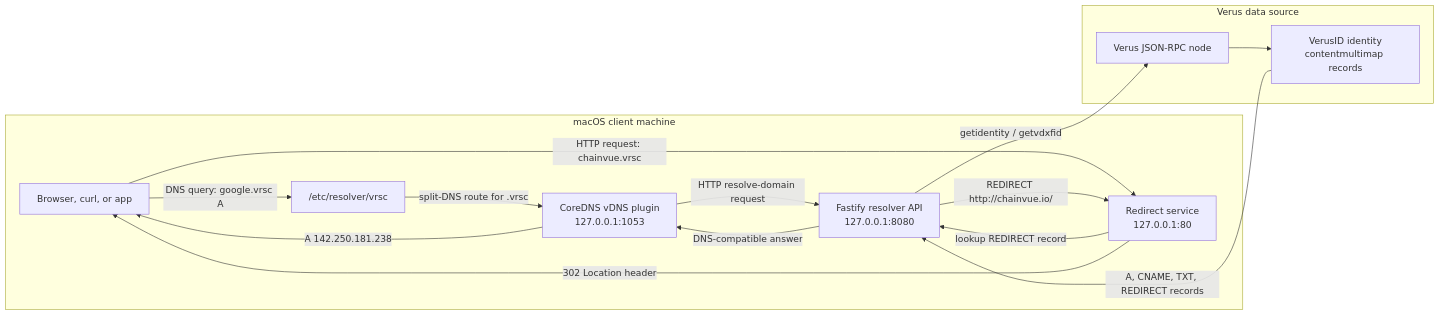
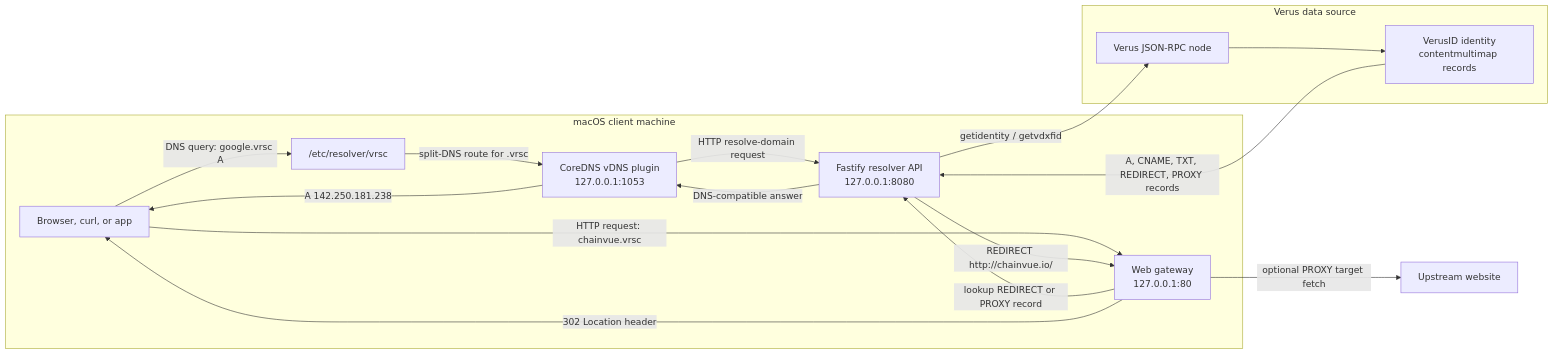
One commit to devdudeio/vdns changed the diagram in docs/architecture.md. Above: the diagram before and after it, drawn with Mermaid. The commit also changed other lines of this file and 15 other files, not shown here.

````diff
--- a/docs/architecture.md
+++ b/docs/architecture.md
@@ -22,29 +22,30 @@
 ```mermaid
 flowchart LR
   subgraph macOS[macOS client machine]
     App[Browser, curl, or app]
     ResolverConfig["/etc/resolver/vrsc"]
     CoreDNS[CoreDNS vDNS plugin\n127.0.0.1:1053]
     HTTPResolver[Fastify resolver API\n127.0.0.1:8080]
-    Redirect[Redirect service\n127.0.0.1:80]
+    Gateway[Web gateway\n127.0.0.1:80]
   end
 
   subgraph Verus[Verus data source]
     RPC[Verus JSON-RPC node]
     Identity[VerusID identity\ncontentmultimap records]
   end
 
   App -->|DNS query: google.vrsc A| ResolverConfig
   ResolverConfig -->|split-DNS route for .vrsc| CoreDNS
   CoreDNS -->|HTTP resolve-domain request| HTTPResolver
   HTTPResolver -->|getidentity / getvdxfid| RPC
   RPC --> Identity
-  Identity -->|A, CNAME, TXT, REDIRECT records| HTTPResolver
+  Identity -->|A, CNAME, TXT, REDIRECT, PROXY records| HTTPResolver
   HTTPResolver -->|DNS-compatible answer| CoreDNS
   CoreDNS -->|A 142.250.181.238| App
 
-  App -->|HTTP request: chainvue.vrsc| Redirect
-  Redirect -->|lookup REDIRECT record| HTTPResolver
-  HTTPResolver -->|REDIRECT http://chainvue.io/| Redirect
-  Redirect -->|302 Location header| App
+  App -->|HTTP request: chainvue.vrsc| Gateway
+  Gateway -->|lookup REDIRECT or PROXY record| HTTPResolver
+  HTTPResolver -->|REDIRECT http://chainvue.io/| Gateway
+  Gateway -->|302 Location header| App
+  Gateway -->|optional PROXY target fetch| Upstream[Upstream website]
 ```
````
